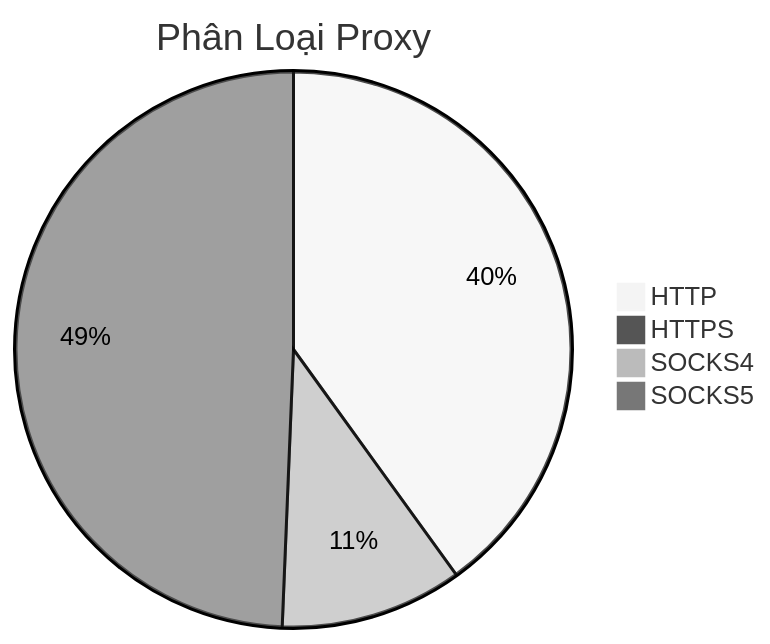
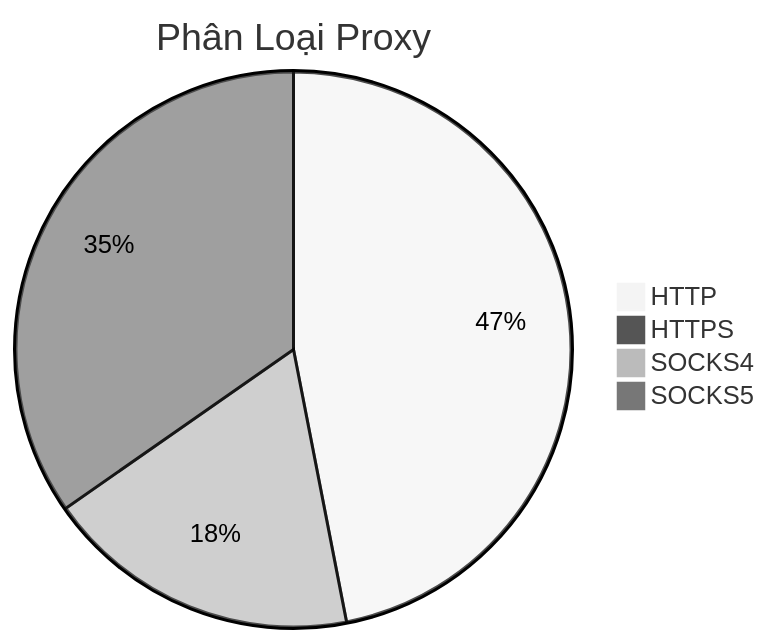
Before and after one commit to Ciara-12/PROXY-free: the diagram in README.md, drawn with Mermaid (neutral theme). The commit also changed other lines of this file and 3 other files, not shown here.

````diff
--- a/README.md
+++ b/README.md
@@ -26,7 +26,7 @@
 ```mermaid
 pie title Phân Loại Proxy
-    "HTTP" : 895
+    "HTTP" : 874
     "HTTPS" : 1
-    "SOCKS4" : 237
-    "SOCKS5" : 1103
+    "SOCKS4" : 342
+    "SOCKS5" : 646
 ```
````
